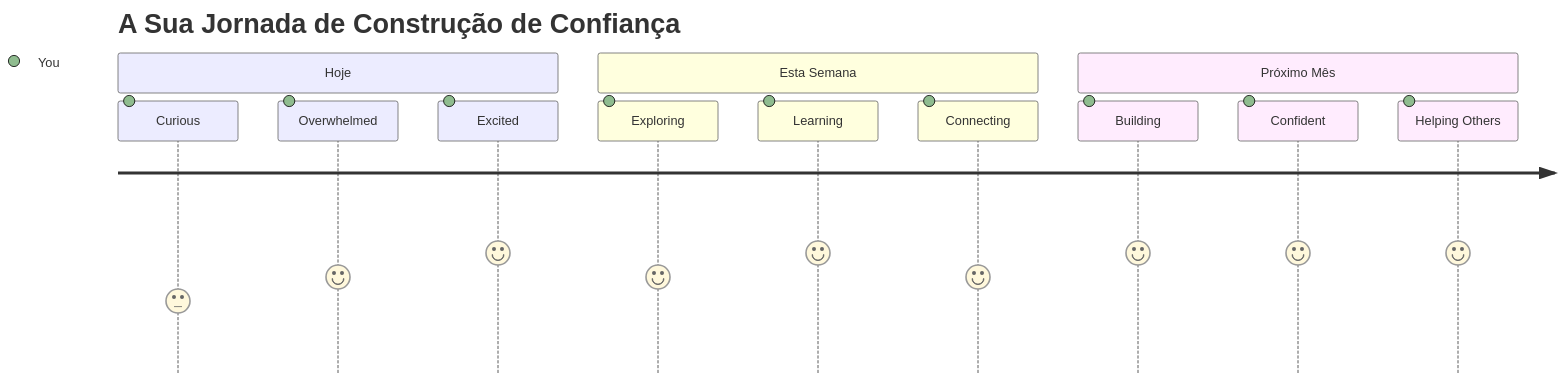
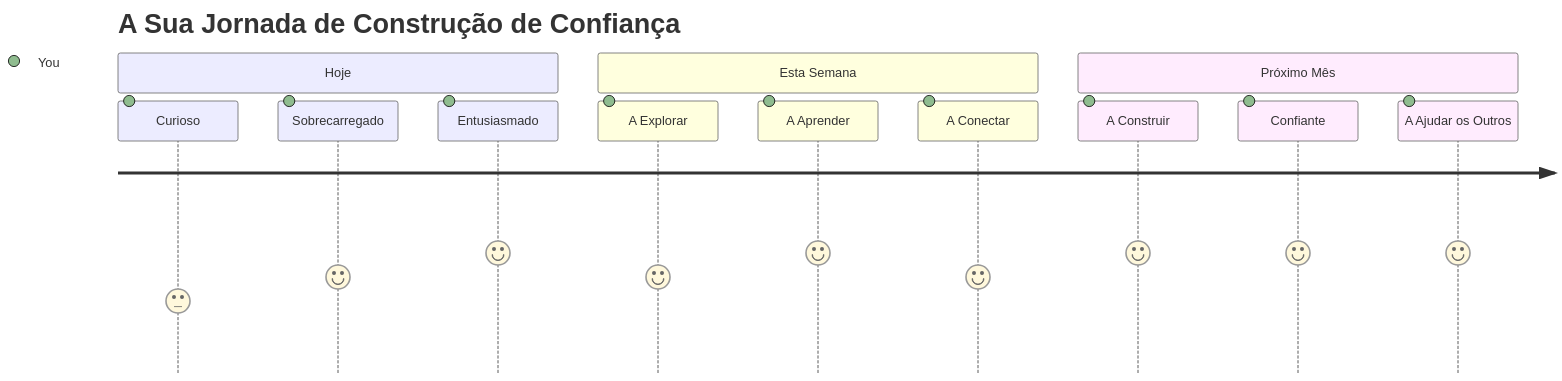
Before and after one commit to microsoft/Web-Dev-For-Beginners: the seventh of 7 diagrams in translations/pt-PT/1-getting-started-lessons/1-intro-to-programming-languages/README.md, drawn with Mermaid. The commit also changed other lines of this file and 8 other files, not shown here.

````diff
--- a/translations/pt-PT/1-getting-started-lessons/1-intro-to-programming-languages/README.md
+++ b/translations/pt-PT/1-getting-started-lessons/1-intro-to-programming-languages/README.md
@@ -833,16 +829,16 @@
 ```mermaid
 journey
     title A Sua Jornada de Construção de Confiança
     section Hoje
-      Curious: 3: You
-      Overwhelmed: 4: You
-      Excited: 5: You
+      Curioso: 3: You
+      Sobrecarregado: 4: You
+      Entusiasmado: 5: You
     section Esta Semana
-      Exploring: 4: You
-      Learning: 5: You
-      Connecting: 4: You
+      A Explorar: 4: You
+      A Aprender: 5: You
+      A Conectar: 4: You
     section Próximo Mês
-      Building: 5: You
-      Confident: 5: You
-      Helping Others: 5: You
+      A Construir: 5: You
+      Confiante: 5: You
+      A Ajudar os Outros: 5: You
 ```
````
